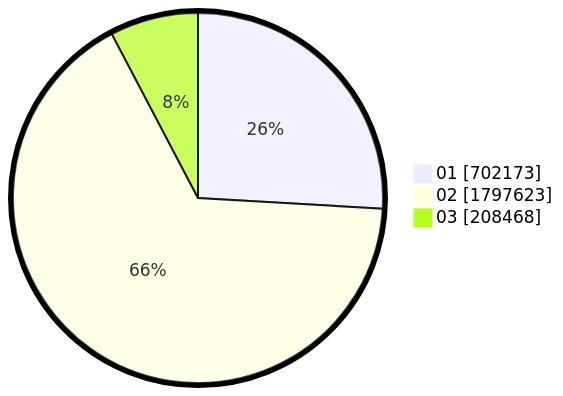
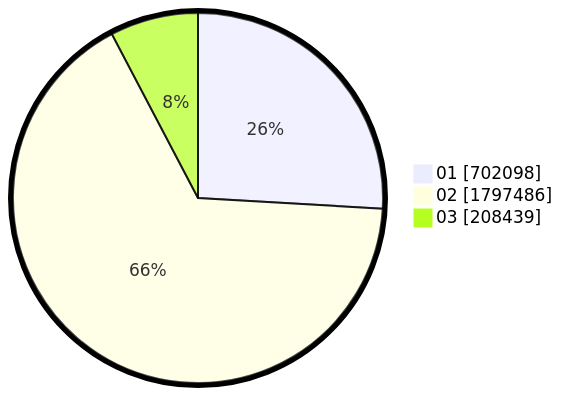
One commit to gigit-pemilu/pemilu-2024 changed the second of 2 diagrams in pilpres/hitung-suara/sub/table-wilayah-52.md. Above: the diagram before and after it, drawn with Mermaid. The commit also changed other lines of this file and 7 other files, not shown here.

````diff
--- a/pilpres/hitung-suara/sub/table-wilayah-52.md
+++ b/pilpres/hitung-suara/sub/table-wilayah-52.md
@@ -15,7 +15,7 @@
 ```mermaid
 %%{init: {"pie": {"textPosition": 0.5}, "themeVariables": {"pieOuterStrokeWidth": "5px"}} }%%
 pie showData
-    "01" : 702173
-    "02" : 1797623
-    "03" : 208468
+    "01" : 702098
+    "02" : 1797486
+    "03" : 208439
 ```
````
